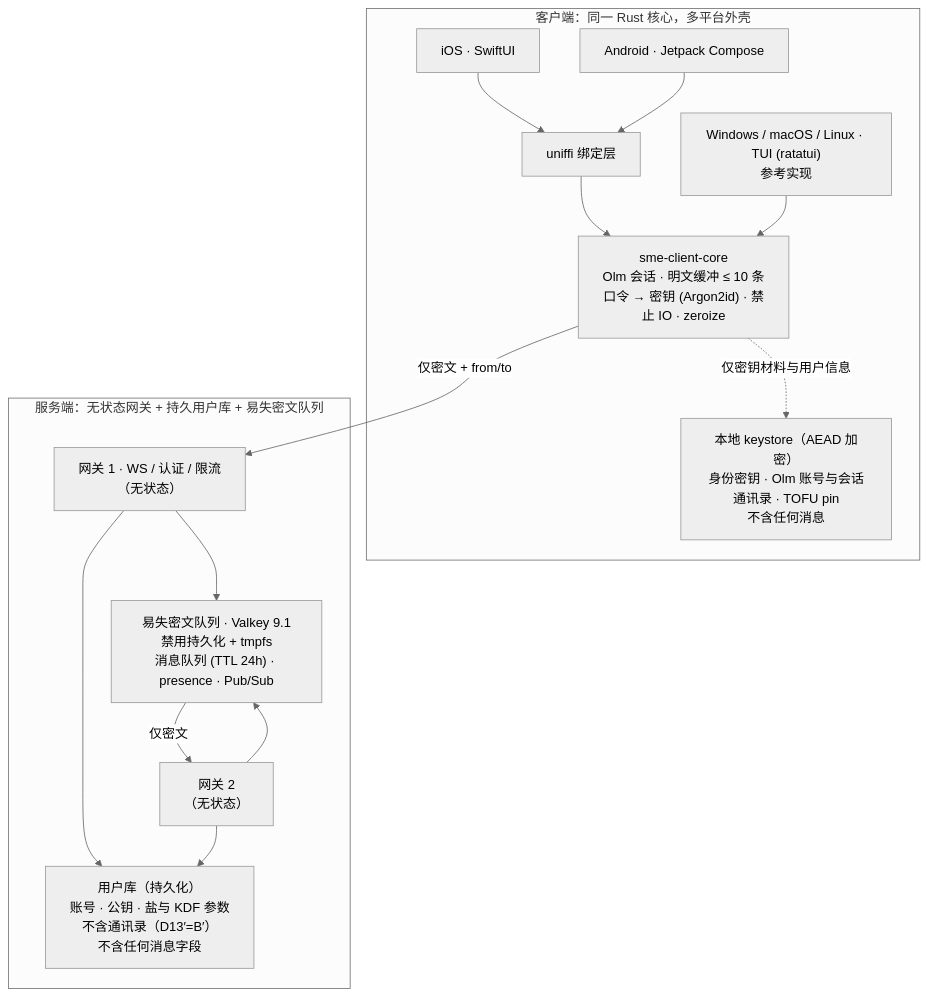
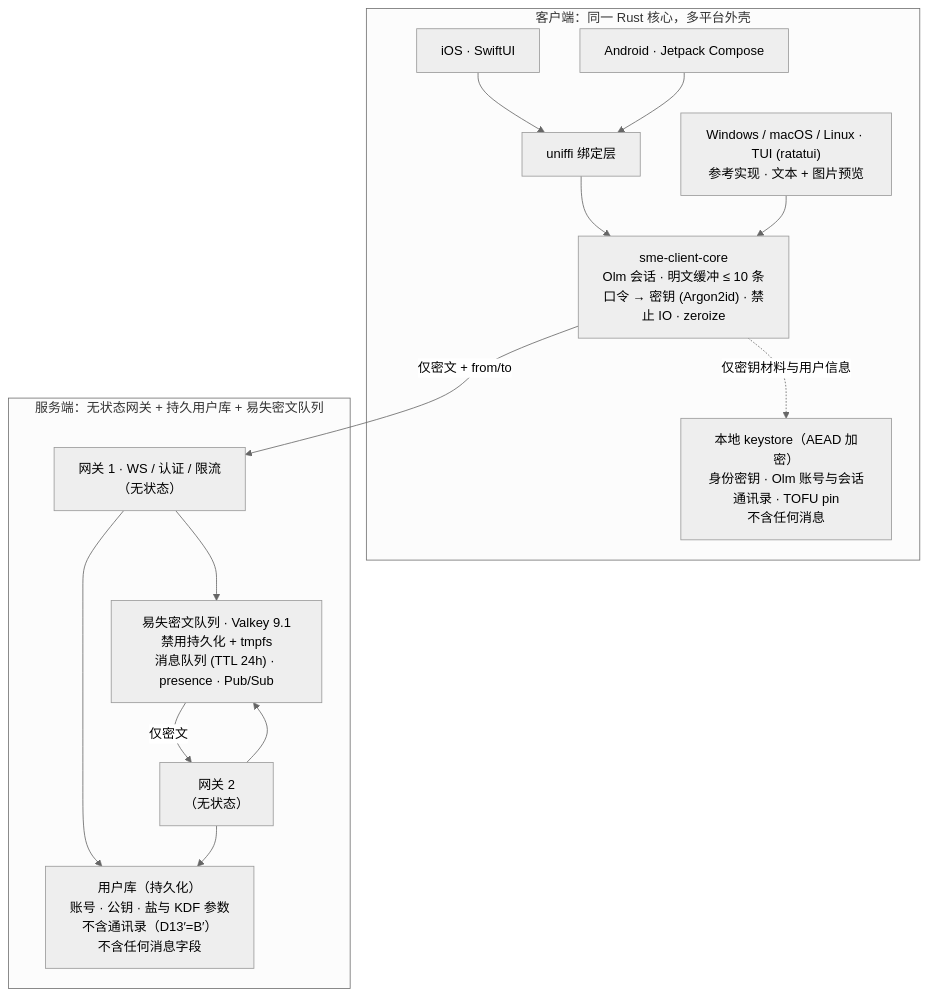
Before and after one commit to CQ-Developer/sme: the diagram in plan.md, drawn with Mermaid (neutral theme). The commit also changed other lines of this file and 20 other files, not shown here.

First line of the commit message:
Q1 确认：终端图片能力与 ratatui-image（D26）；Q2：运行时字符串英文化

````diff
--- a/plan.md
+++ b/plan.md
@@ -63,30 +64,30 @@
 ```mermaid
 flowchart TB
   subgraph CL["客户端：同一 Rust 核心，多平台外壳"]
     IOS["iOS · SwiftUI"]
     AND["Android · Jetpack Compose"]
-    TUI["Windows / macOS / Linux · TUI (ratatui)<br/>参考实现"]
+    TUI["Windows / macOS / Linux · TUI (ratatui)<br/>参考实现 · 文本 + 图片预览"]
     FFI["uniffi 绑定层"]
     CFILE["本地 keystore（AEAD 加密）<br/>身份密钥 · Olm 账号与会话<br/>通讯录 · TOFU pin<br/>不含任何消息"]
     CORE["sme-client-core<br/>Olm 会话 · 明文缓冲 ≤ 10 条<br/>口令 → 密钥 (Argon2id) · 禁止 IO · zeroize"]
     IOS --> FFI
     AND --> FFI
     FFI --> CORE
     TUI --> CORE
     CORE -. "仅密钥材料与用户信息" .-> CFILE
   end
 
   subgraph SRV["服务端：无状态网关 + 持久用户库 + 易失密文队列"]
     G1["网关 1 · WS / 认证 / 限流<br/>（无状态）"]
     G2["网关 2<br/>（无状态）"]
     DB["用户库（持久化）<br/>账号 · 公钥 · 盐与 KDF 参数<br/>不含通讯录（D13′=B′）<br/>不含任何消息字段"]
     Q["易失密文队列 · Valkey 9.1<br/>禁用持久化 + tmpfs<br/>消息队列 (TTL 24h) · presence · Pub/Sub"]
     G1 --> DB
     G2 --> DB
     G1 --> Q
     G2 --> Q
   end
 
   CORE -- "仅密文 + from/to" --> G1
   Q -- "仅密文" --> G2
 ```
````
